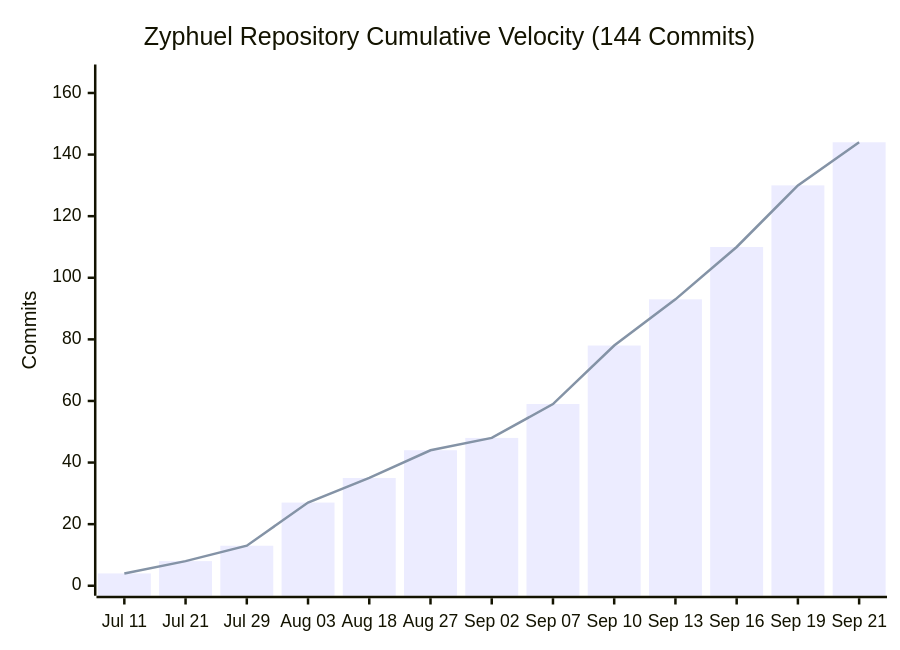
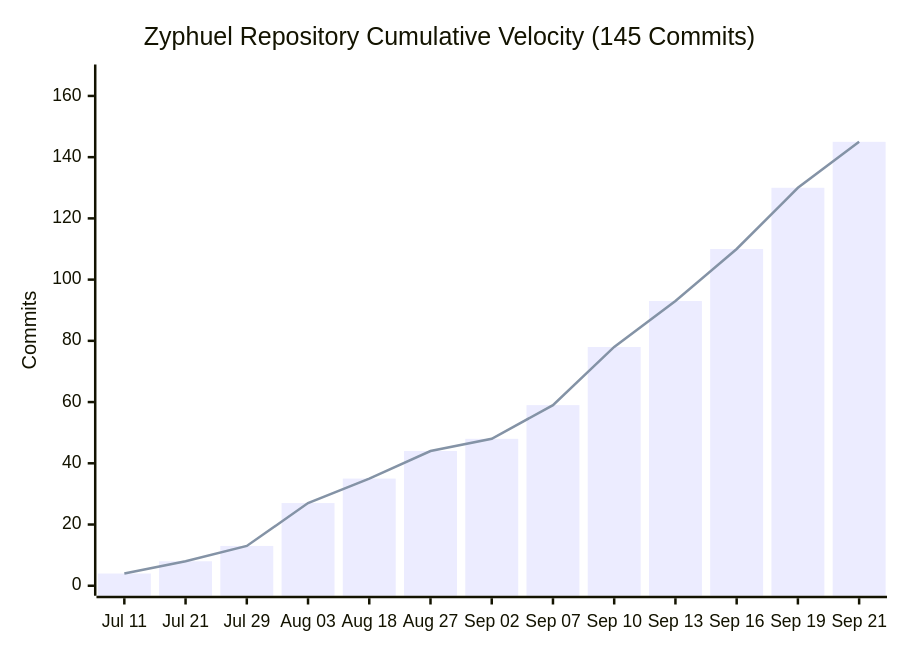
Before and after one commit to daniyal44/Zyphuel: the diagram in README.md, drawn with Mermaid. The commit also changed other lines of this file and 13 other files, not shown here.

````diff
--- a/README.md
+++ b/README.md
@@ -30,8 +30,8 @@
 ```mermaid
 xychart-beta
-    title "Zyphuel Repository Cumulative Velocity (144 Commits)"
+    title "Zyphuel Repository Cumulative Velocity (145 Commits)"
     x-axis ["Jul 11", "Jul 21", "Jul 29", "Aug 03", "Aug 18", "Aug 27", "Sep 02", "Sep 07", "Sep 10", "Sep 13", "Sep 16", "Sep 19", "Sep 21"]
-    y-axis "Commits" 0 --> 166
-    bar [4, 8, 13, 27, 35, 44, 48, 59, 78, 93, 110, 130, 144]
-    line [4, 8, 13, 27, 35, 44, 48, 59, 78, 93, 110, 130, 144]
+    y-axis "Commits" 0 --> 167
+    bar [4, 8, 13, 27, 35, 44, 48, 59, 78, 93, 110, 130, 145]
+    line [4, 8, 13, 27, 35, 44, 48, 59, 78, 93, 110, 130, 145]
 ```
````
